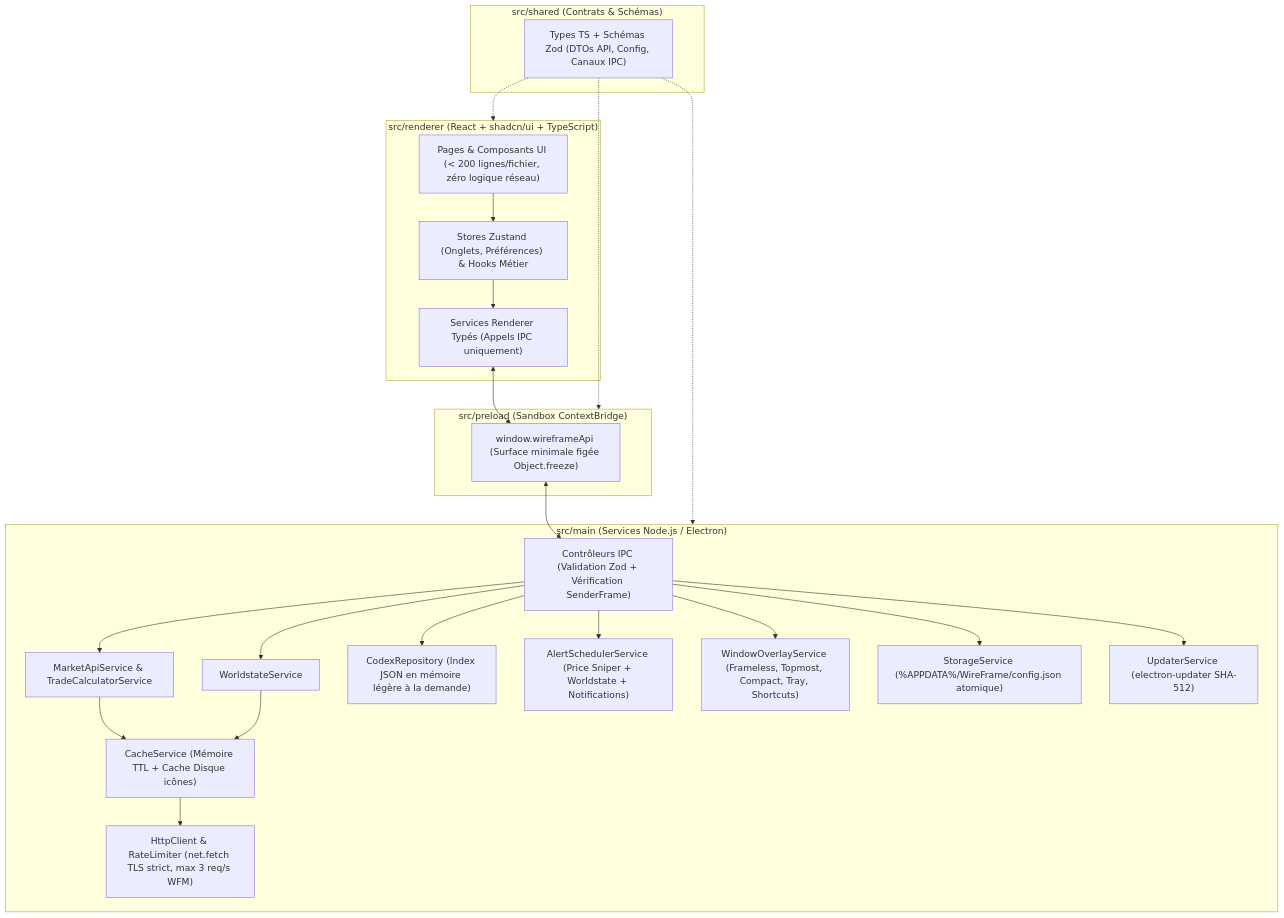
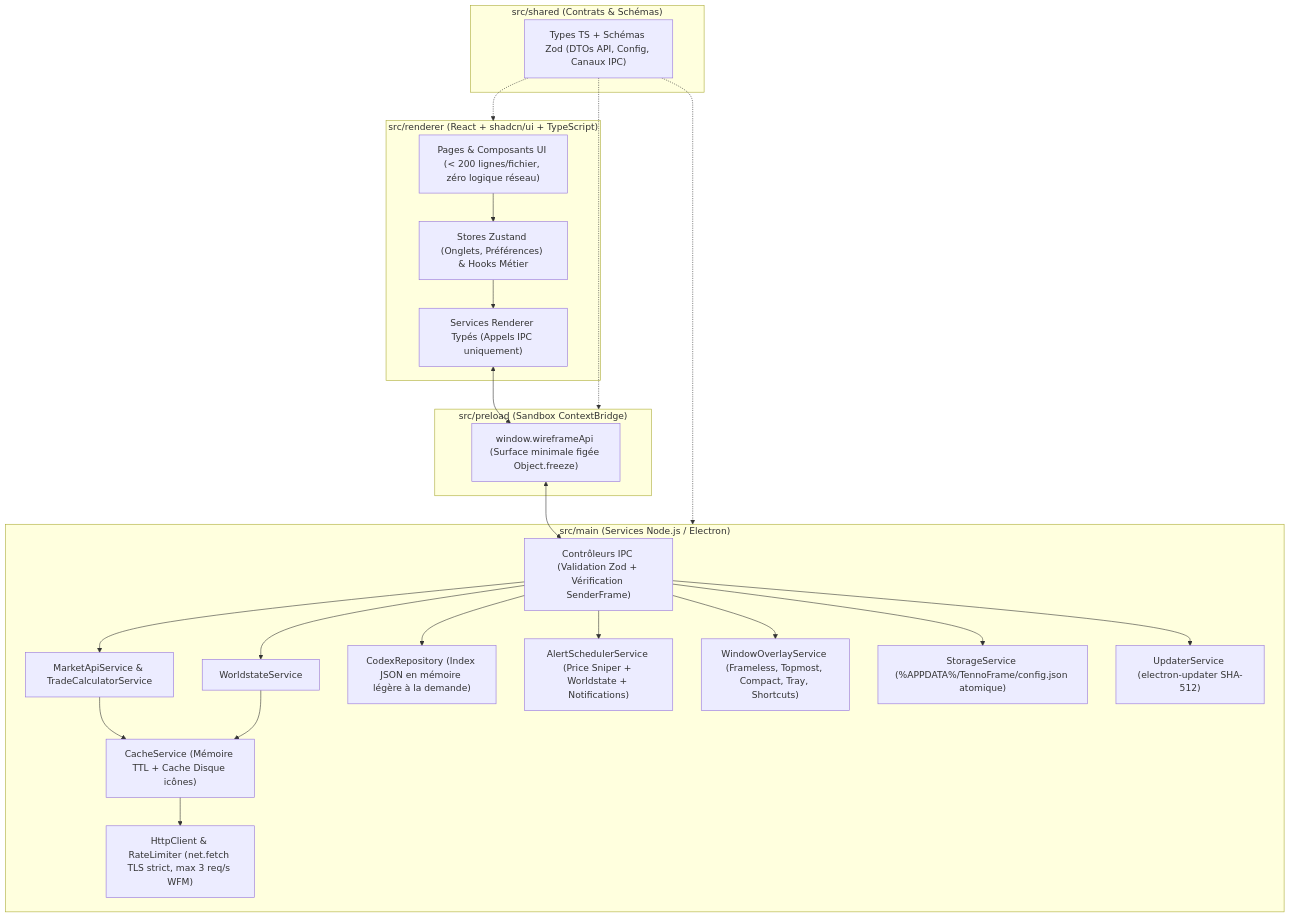
One commit to Nyx17n/WireFrame changed the diagram in docs/01-cahier-des-charges.md. Above: the diagram before and after it, drawn with Mermaid. The commit also changed other lines of this file and 41 other files, not shown here.

Commit message:
refactor(rebrand): rename WireFrame to TennoFrame (v2.9.0) with seamless NSIS GUID & userData migration

````diff
--- a/docs/01-cahier-des-charges.md
+++ b/docs/01-cahier-des-charges.md
@@ -556,35 +556,35 @@
 ```mermaid
 flowchart TB
     subgraph Renderer["src/renderer (React + shadcn/ui + TypeScript)"]
         UI["Pages & Composants UI (< 200 lignes/fichier, zéro logique réseau)"]
         State["Stores Zustand (Onglets, Préférences) & Hooks Métier"]
         Client["Services Renderer Typés (Appels IPC uniquement)"]
     end
 
     subgraph Preload["src/preload (Sandbox ContextBridge)"]
         Bridge["window.wireframeApi (Surface minimale figée Object.freeze)"]
     end
 
     subgraph Shared["src/shared (Contrats & Schémas)"]
         Zod["Types TS + Schémas Zod (DTOs API, Config, Canaux IPC)"]
     end
 
     subgraph Main["src/main (Services Node.js / Electron)"]
         IPC["Contrôleurs IPC (Validation Zod + Vérification SenderFrame)"]
         Rate["HttpClient & RateLimiter (net.fetch TLS strict, max 3 req/s WFM)"]
         Cache["CacheService (Mémoire TTL + Cache Disque icônes)"]
         Market["MarketApiService & TradeCalculatorService"]
         World["WorldstateService"]
         Codex["CodexRepository (Index JSON en mémoire légère à la demande)"]
         Alerts["AlertSchedulerService (Price Sniper + Worldstate + Notifications)"]
         Win["WindowOverlayService (Frameless, Topmost, Compact, Tray, Shortcuts)"]
-        Store["StorageService (%APPDATA%/WireFrame/config.json atomique)"]
+        Store["StorageService (%APPDATA%/TennoFrame/config.json atomique)"]
         Upd["UpdaterService (electron-updater SHA-512)"]
     end
 
     UI --> State --> Client
     Client <--> Bridge <--> IPC
     IPC --> Market & World & Codex & Alerts & Win & Store & Upd
     Market & World --> Cache --> Rate
     Zod -.-> Renderer & Preload & Main
 ```
````
